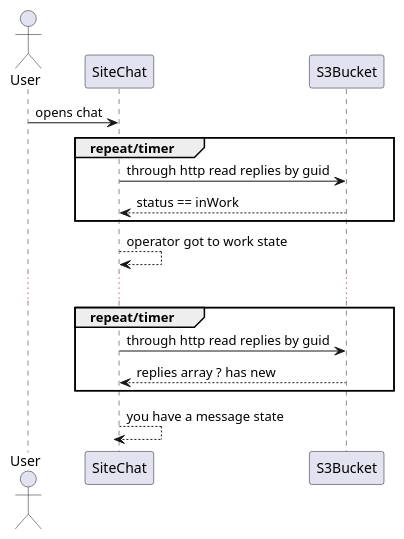
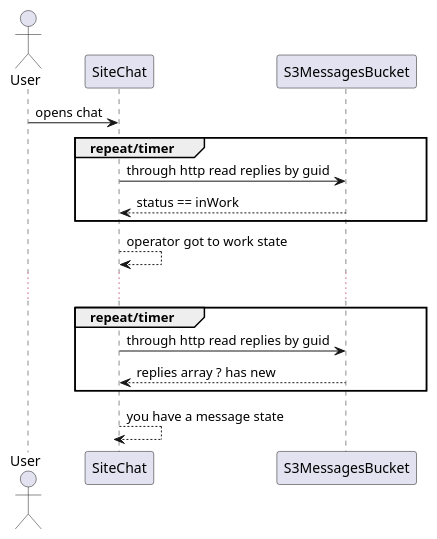
One commit to madbonez/tg-site-support-bot changed the diagram in docs/sequence/4-user-reads-reply.puml. Above: the diagram before and after it, drawn with PlantUML. The commit also changed 10 other files, not shown here.

```diff
--- a/docs/sequence/4-user-reads-reply.puml
+++ b/docs/sequence/4-user-reads-reply.puml
@@ -1,23 +1,23 @@
 @startuml
 actor User
 
 User -> SiteChat: opens chat
 
 group repeat/timer
-SiteChat -> S3Bucket: through http read replies by guid
-S3Bucket --> SiteChat: status == inWork
+SiteChat -> S3MessagesBucket: through http read replies by guid
+S3MessagesBucket --> SiteChat: status == inWork
 end
 
 SiteChat --> SiteChat: operator got to work state
 
 ...
 
 group repeat/timer
-SiteChat -> S3Bucket: through http read replies by guid
-S3Bucket --> SiteChat: replies array ? has new
+SiteChat -> S3MessagesBucket: through http read replies by guid
+S3MessagesBucket --> SiteChat: replies array ? has new
 end
 
 SiteChat --> SiteChat: you have a message state
 
 deactivate SiteChat
 @enduml
```
